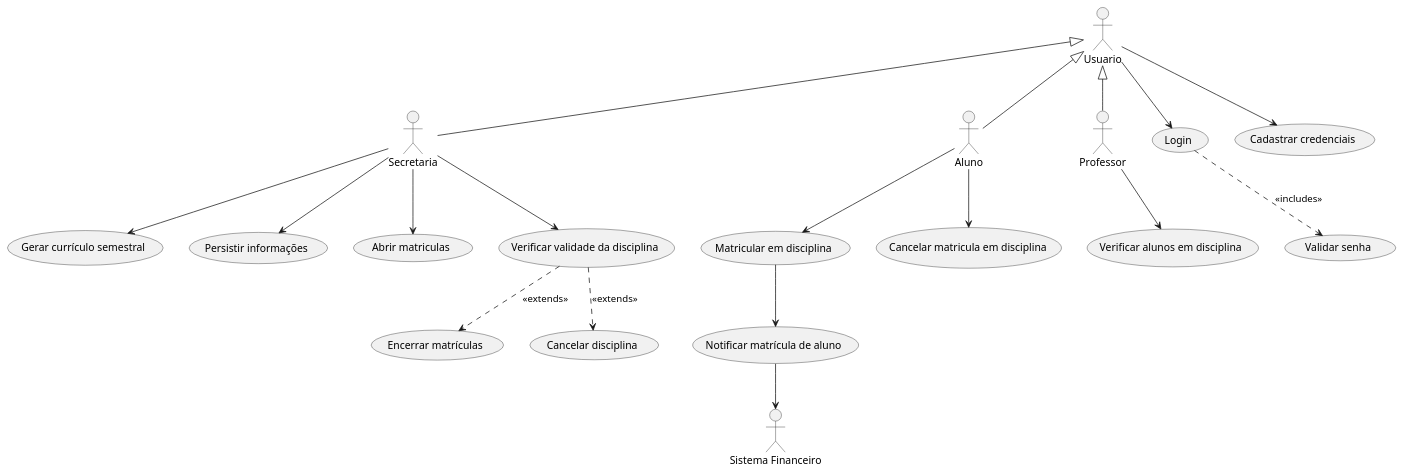
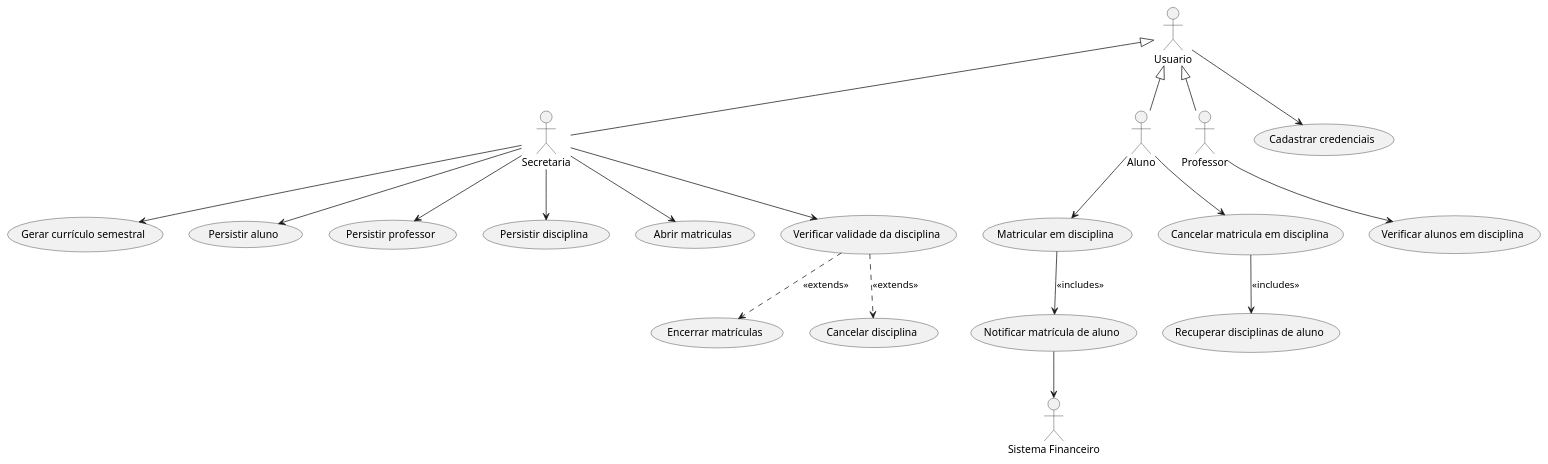
One commit to RafaMtF/LDS-Lab01 changed the diagram in project/code/useCase.puml. Above: the diagram before and after it, drawn with PlantUML.

```diff
--- a/project/code/useCase.puml
+++ b/project/code/useCase.puml
@@ -1,43 +1,44 @@
 @startuml
 
 :Secretaria: as secretaria
 :Aluno: as aluno
 :Professor: as professor 
 :Sistema Financeiro: as sistemaFinanceiro
 :Usuario: as usuario
 
 "Gerar currículo semestral" as (gerarCurriculo)
-"Persistir informações" as (persistirInformacoes)
+"Persistir aluno" as (persistirAluno)
+"Persistir professor" as (persistirProfessor)
+"Persistir disciplina" as (persistirDisciplina)
 "Matricular em disciplina" as (matricularDisciplina)
 "Cancelar matricula em disciplina" as (cancelarMatricula)
 "Abrir matriculas" as (abrirMatriculas)
 "Encerrar matrículas" as (encerrarMatriculas)
 "Cancelar disciplina" as (cancelarDisciplina)
 "Notificar matrícula de aluno" as (notificarMatricula)
 "Verificar validade da disciplina" as (verificarValidadeDisciplina)
 "Verificar alunos em disciplina" as (verificarAlunosDisciplina) 
-"Login" as (login)
 "Cadastrar credenciais" as (cadastrarCredenciais)
-"Validar senha" as (validarSenha)
+"Recuperar disciplinas de aluno" as (recuperarDisciplinasAluno)
 
 secretaria --> gerarCurriculo
-secretaria --> persistirInformacoes
+secretaria --> persistirAluno
+secretaria --> persistirProfessor
+secretaria --> persistirDisciplina
 aluno --> matricularDisciplina
-matricularDisciplina --> notificarMatricula
+matricularDisciplina --> notificarMatricula : <<includes>>
 aluno --> cancelarMatricula
 secretaria --> abrirMatriculas
 secretaria --> verificarValidadeDisciplina 
 verificarValidadeDisciplina ..> encerrarMatriculas : <<extends>>
 verificarValidadeDisciplina ..> cancelarDisciplina : <<extends>>
 notificarMatricula --> sistemaFinanceiro
 professor --> verificarAlunosDisciplina
-usuario --> login
-login ..> validarSenha : <<includes>>
 usuario --> cadastrarCredenciais
-
+cancelarMatricula --> recuperarDisciplinasAluno : <<includes>>
 
 usuario <|-- secretaria
 usuario <|-- aluno
 usuario <|-- professor
 
 @enduml
```
